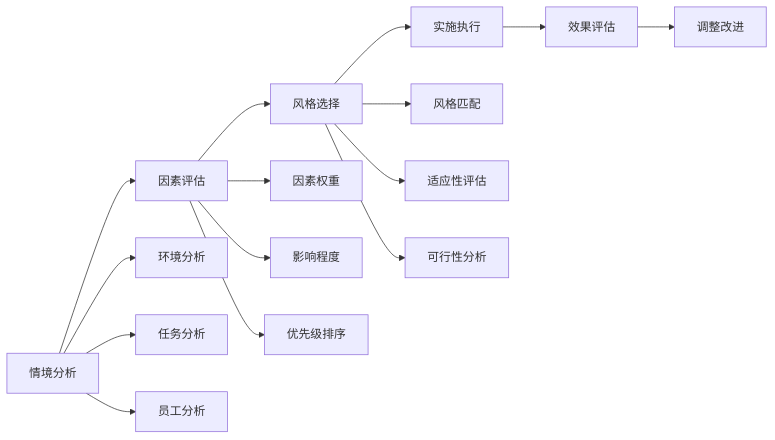
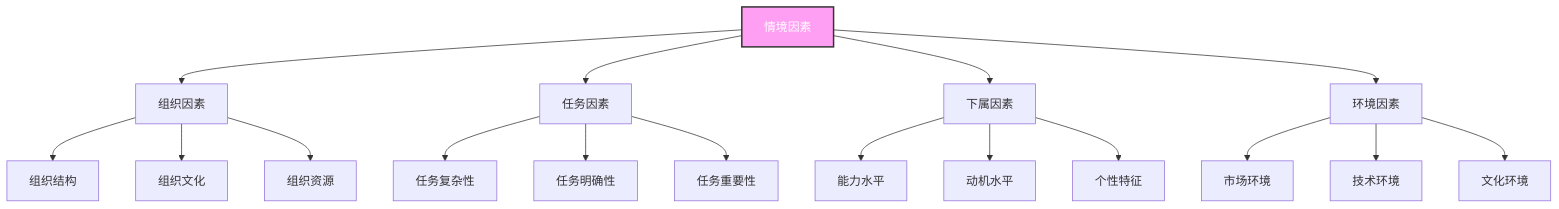
One commit to Anping2017/obsidian changed the sixth of 7 diagrams in 企业领导力/02-理论理解层/经典领导理论/03-情境理论.md. Above: the diagram before and after it, drawn with Mermaid. The commit also changed other lines of this file and 8 other files, not shown here.

````diff
--- a/企业领导力/02-理论理解层/经典领导理论/03-情境理论.md
+++ b/企业领导力/02-理论理解层/经典领导理论/03-情境理论.md
@@ -205,20 +172,25 @@
 ```mermaid
-graph LR
-    A[情境分析] --> B[因素评估]
-    B --> C[风格选择]
-    C --> D[实施执行]
-    D --> E[效果评估]
-    E --> F[调整改进]
+graph TD
+    A[情境因素] --> B[组织因素]
+    A --> C[任务因素]
+    A --> D[下属因素]
+    A --> E[环境因素]
     
-    A --> A1[环境分析]
-    A --> A2[任务分析]
-    A --> A3[员工分析]
+    B --> B1[组织结构]
+    B --> B2[组织文化]
+    B --> B3[组织资源]
     
-    B --> B1[因素权重]
-    B --> B2[影响程度]
-    B --> B3[优先级排序]
+    C --> C1[任务复杂性]
+    C --> C2[任务明确性]
+    C --> C3[任务重要性]
     
-    C --> C1[风格匹配]
-    C --> C2[适应性评估]
-    C --> C3[可行性分析]
+    D --> D1[能力水平]
+    D --> D2[动机水平]
+    D --> D3[个性特征]
+    
+    E --> E1[市场环境]
+    E --> E2[技术环境]
+    E --> E3[文化环境]
+    
+    style A fill:#ff9ff3,stroke:#333,stroke-width:2px,color:#fff
 ```
````
